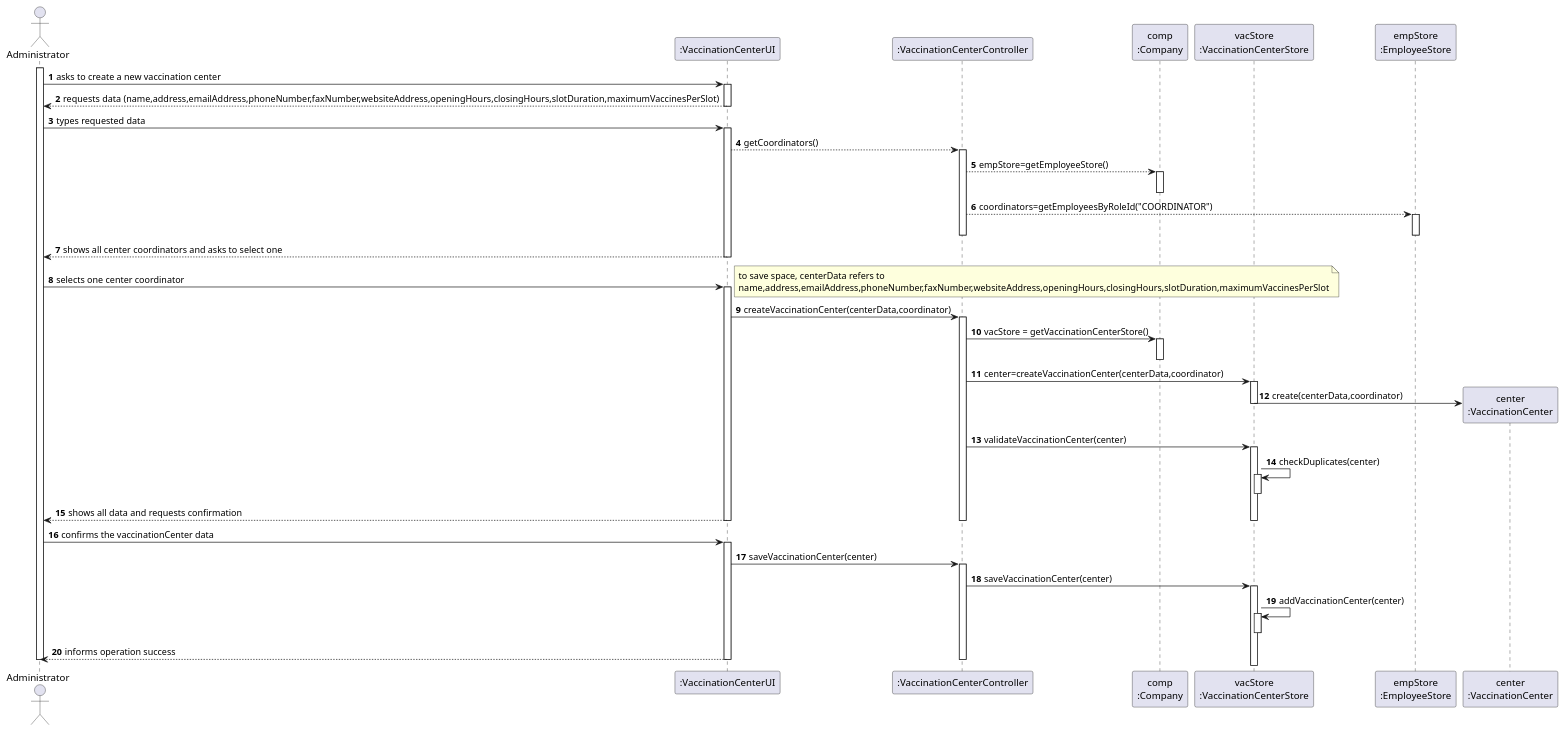
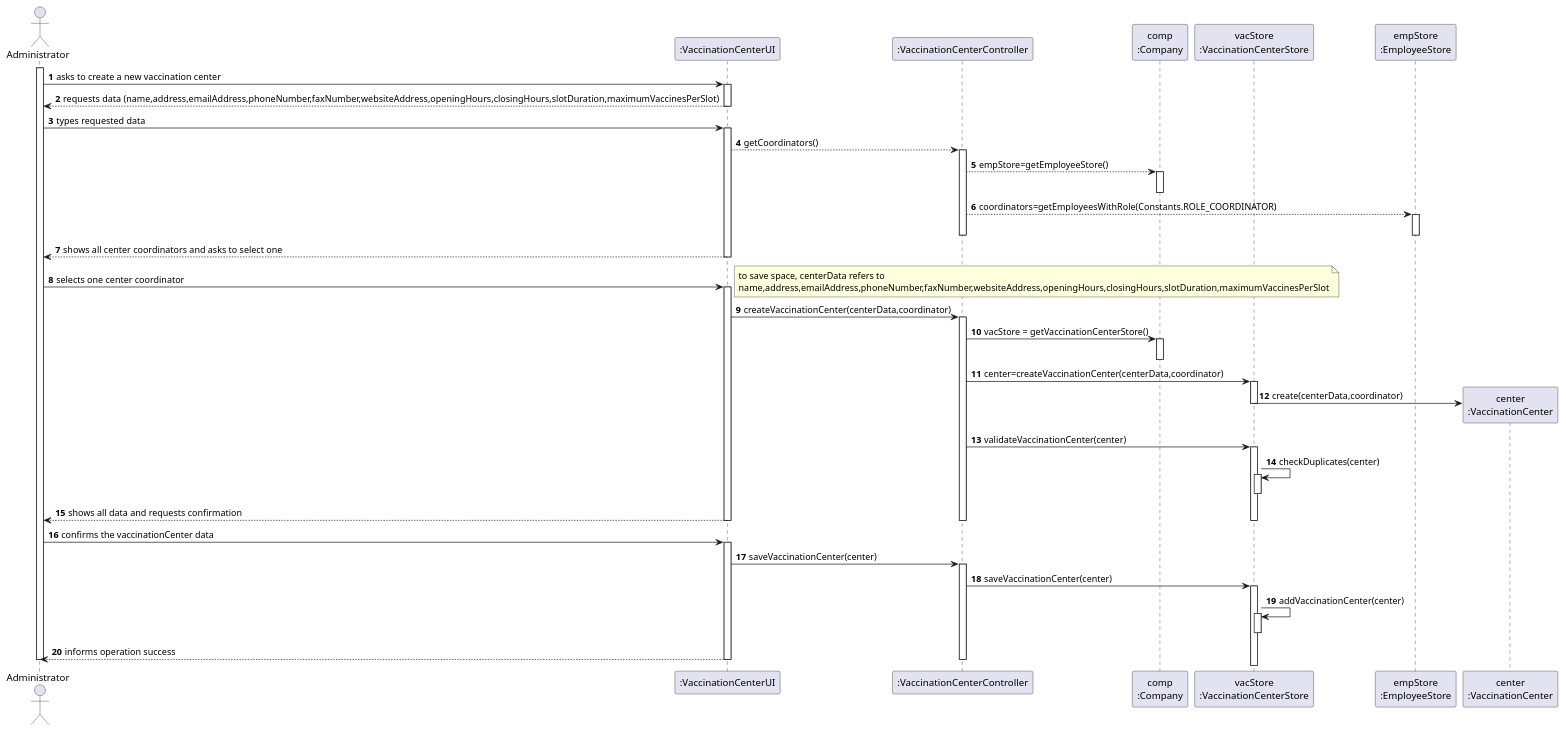
The diagram in docs/SprintB/US09/SD/US09_SD.puml (miseEnPlace-i/lapr2), drawn with PlantUML before and after one commit. The commit also changed 1 other file, not shown here.

```diff
--- a/docs/SprintB/US09/SD/US09_SD.puml
+++ b/docs/SprintB/US09/SD/US09_SD.puml
@@ -1,91 +1,89 @@
 @startuml US09_SD
 autonumber
 actor "Administrator" as ADM
 
 participant ":VaccinationCenterUI" as UI
 participant ":VaccinationCenterController" as CTRL
 participant "comp\n:Company" as COMP
 participant "vacStore\n:VaccinationCenterStore" as VACSTORE
 participant "empStore\n:EmployeeStore" as EMPSTORE
 participant "center\n:VaccinationCenter" as CENTER
 
 activate ADM 
 ADM -> UI : asks to create a new vaccination center
 activate UI
 
 UI --> ADM : requests data (name,address,emailAddress,phoneNumber,faxNumber,websiteAddress,openingHours,closingHours,slotDuration,maximumVaccinesPerSlot)
 deactivate UI
 
 ADM -> UI : types requested data
 activate UI
 
 UI --> CTRL : getCoordinators()
 activate CTRL
 
 CTRL --> COMP : empStore=getEmployeeStore()
 activate COMP
 deactivate COMP
 
-CTRL --> EMPSTORE : coordinators=getEmployeesByRoleId("COORDINATOR")
+CTRL --> EMPSTORE : coordinators=getEmployeesWithRole(Constants.ROLE_COORDINATOR)
 activate EMPSTORE
 deactivate CTRL
 deactivate EMPSTORE
 
 UI --> ADM : shows all center coordinators and asks to select one
 deactivate UI
 
 ADM -> UI : selects one center coordinator
 activate UI
 
 note right
     to save space, centerData refers to 
     name,address,emailAddress,phoneNumber,faxNumber,websiteAddress,openingHours,closingHours,slotDuration,maximumVaccinesPerSlot
 end note
 
 UI -> CTRL : createVaccinationCenter(centerData,coordinator)
 activate CTRL
 
 CTRL -> COMP : vacStore = getVaccinationCenterStore()
 activate COMP
 deactivate COMP
 
 CTRL -> VACSTORE : center=createVaccinationCenter(centerData,coordinator)
 activate VACSTORE
 
 VACSTORE -> CENTER** : create(centerData,coordinator)
 deactivate VACSTORE
 
 CTRL -> VACSTORE : validateVaccinationCenter(center)
 activate VACSTORE
 
 VACSTORE -> VACSTORE : checkDuplicates(center)
 activate VACSTORE
 deactivate VACSTORE
 
 UI --> ADM: shows all data and requests confirmation
 deactivate VACSTORE
 deactivate CTRL
 deactivate UI
 
 ADM -> UI : confirms the vaccinationCenter data
 activate UI
 UI -> CTRL : saveVaccinationCenter(center)
 activate CTRL
 
 CTRL -> VACSTORE : saveVaccinationCenter(center)
 activate VACSTORE
 
-
-
 VACSTORE -> VACSTORE : addVaccinationCenter(center)
 activate VACSTORE
 deactivate VACSTORE
 
 UI --> ADM : informs operation success
 deactivate COMP
 deactivate CTRL
 deactivate UI
 
 deactivate ADM
 
 @enduml
```
